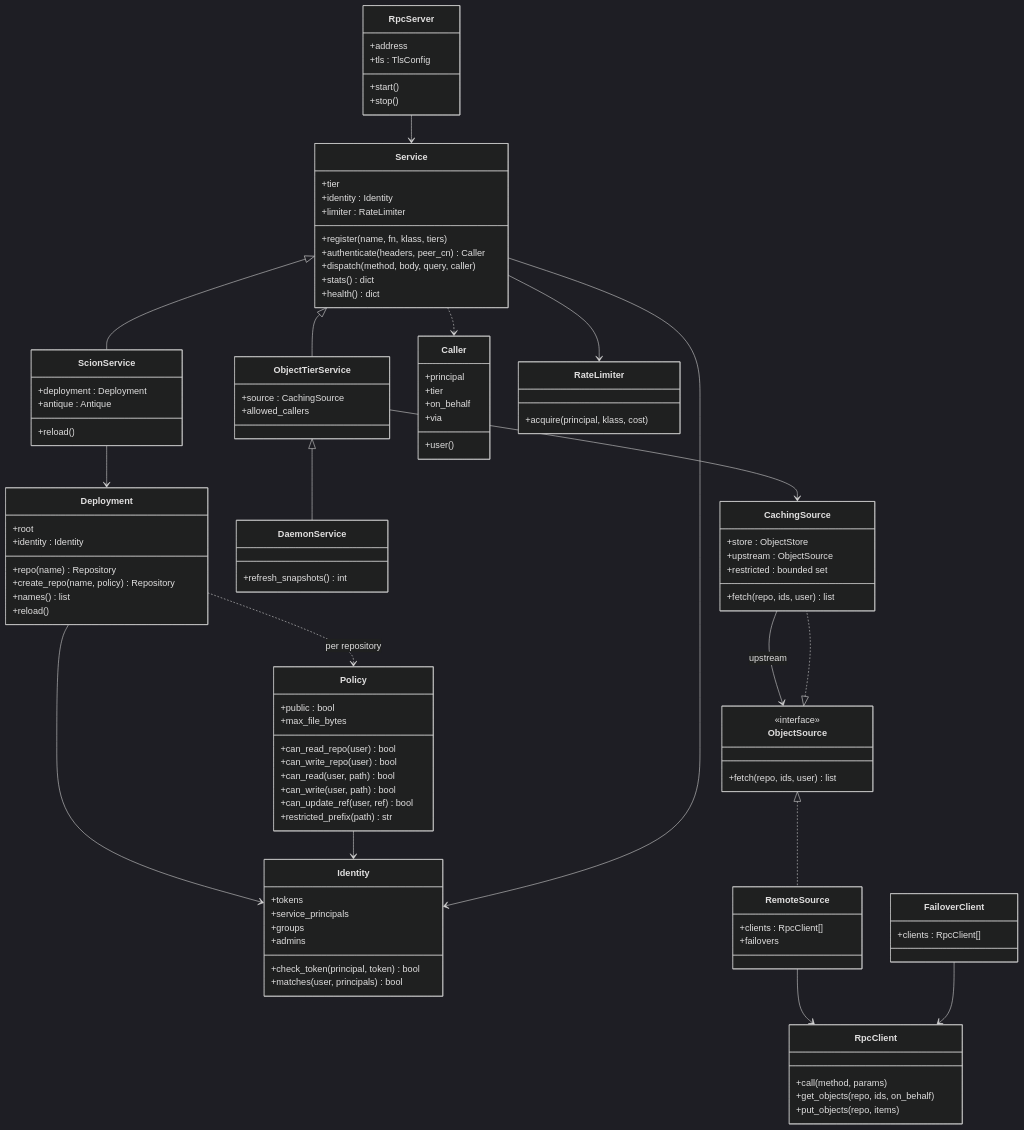
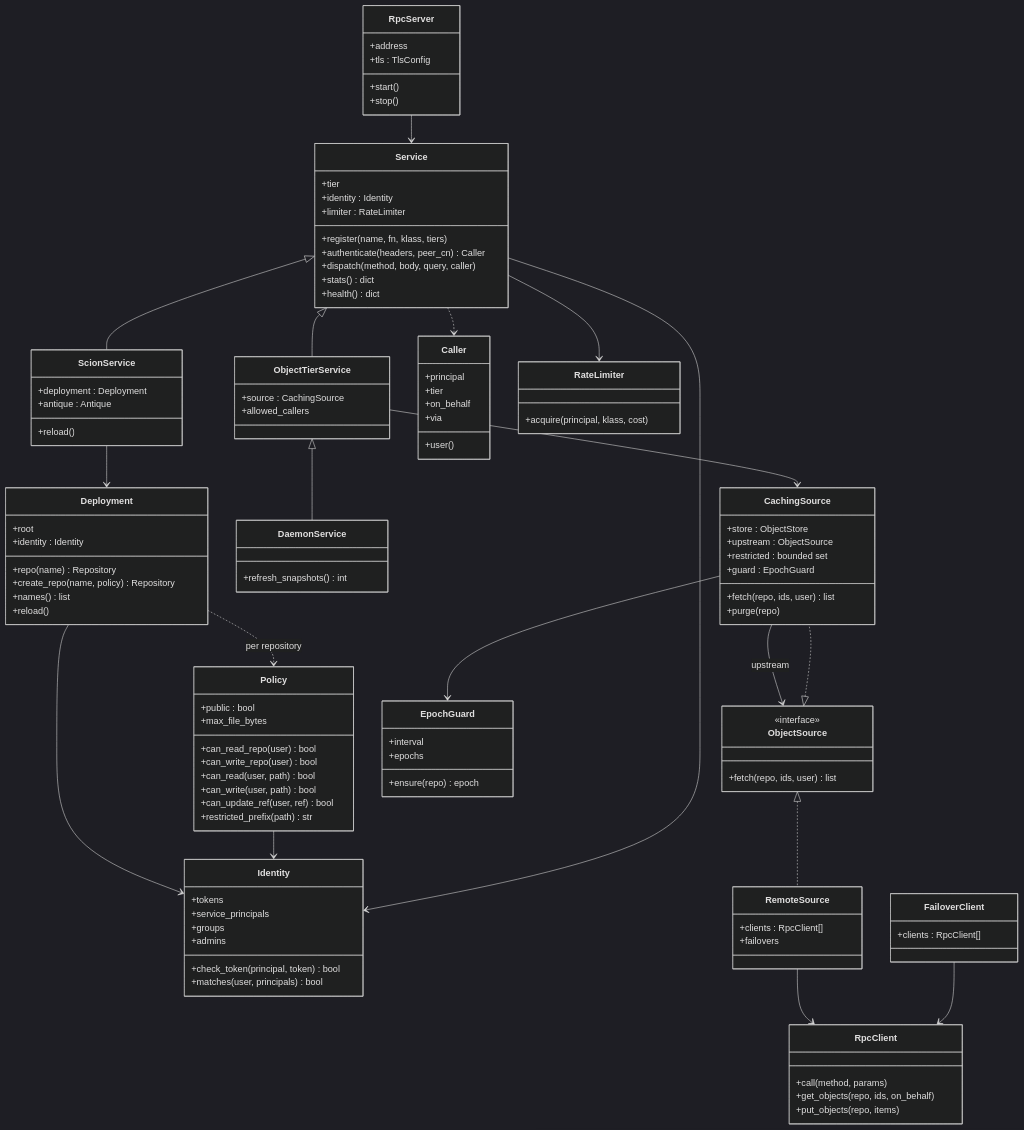
Before and after one commit to Space-Trucker/AIresume: the sixth of 25 diagrams in scion/docs/design/06-uml.md, drawn with Mermaid (dark theme). The commit also changed 18 other files, not shown here.

```diff
--- a/scion/docs/design/06-uml.md
+++ b/scion/docs/design/06-uml.md
@@ -435,7 +435,14 @@
     +store : ObjectStore
     +upstream : ObjectSource
     +restricted : bounded set
+    +guard : EpochGuard
     +fetch(repo, ids, user) list
+    +purge(repo)
+  }
+  class EpochGuard {
+    +interval
+    +epochs
+    +ensure(repo) epoch
   }
   class Caller {
     +principal
@@ -472,6 +479,7 @@
   ObjectSource <|.. RemoteSource
   ObjectSource <|.. CachingSource
   CachingSource --> ObjectSource : upstream
+  CachingSource --> EpochGuard
   RemoteSource --> RpcClient
   FailoverClient --> RpcClient
   RpcServer --> Service
```
